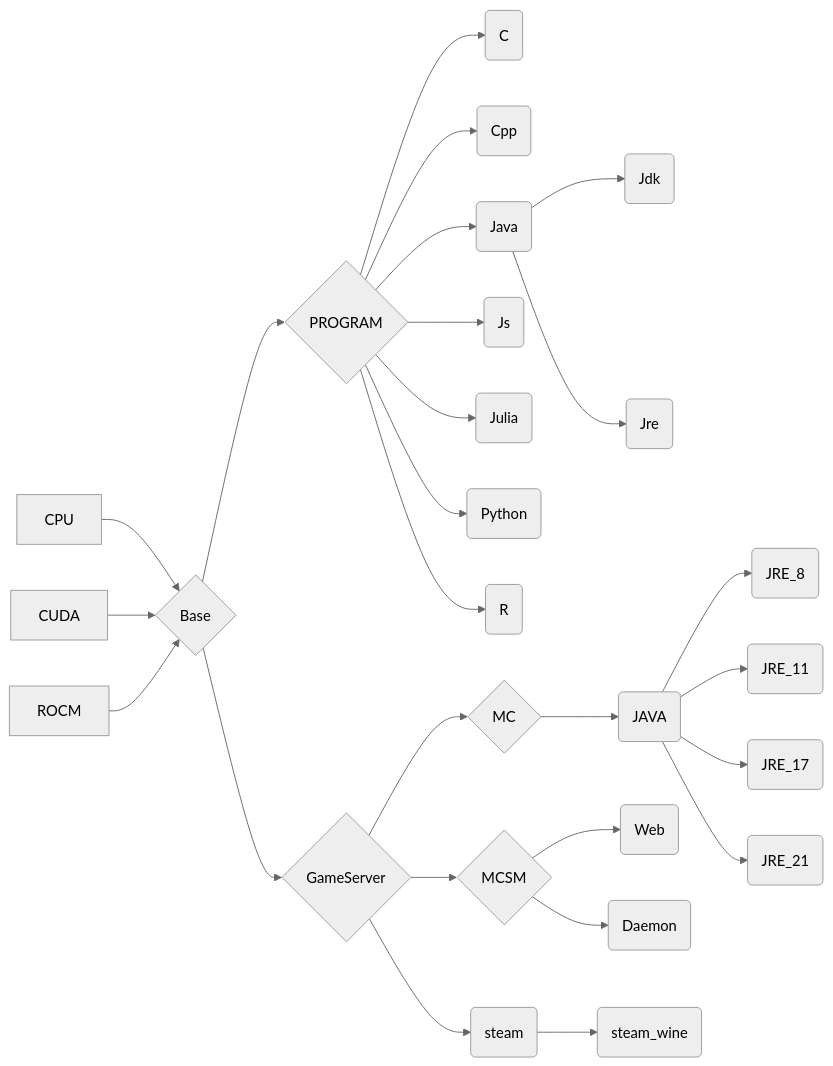
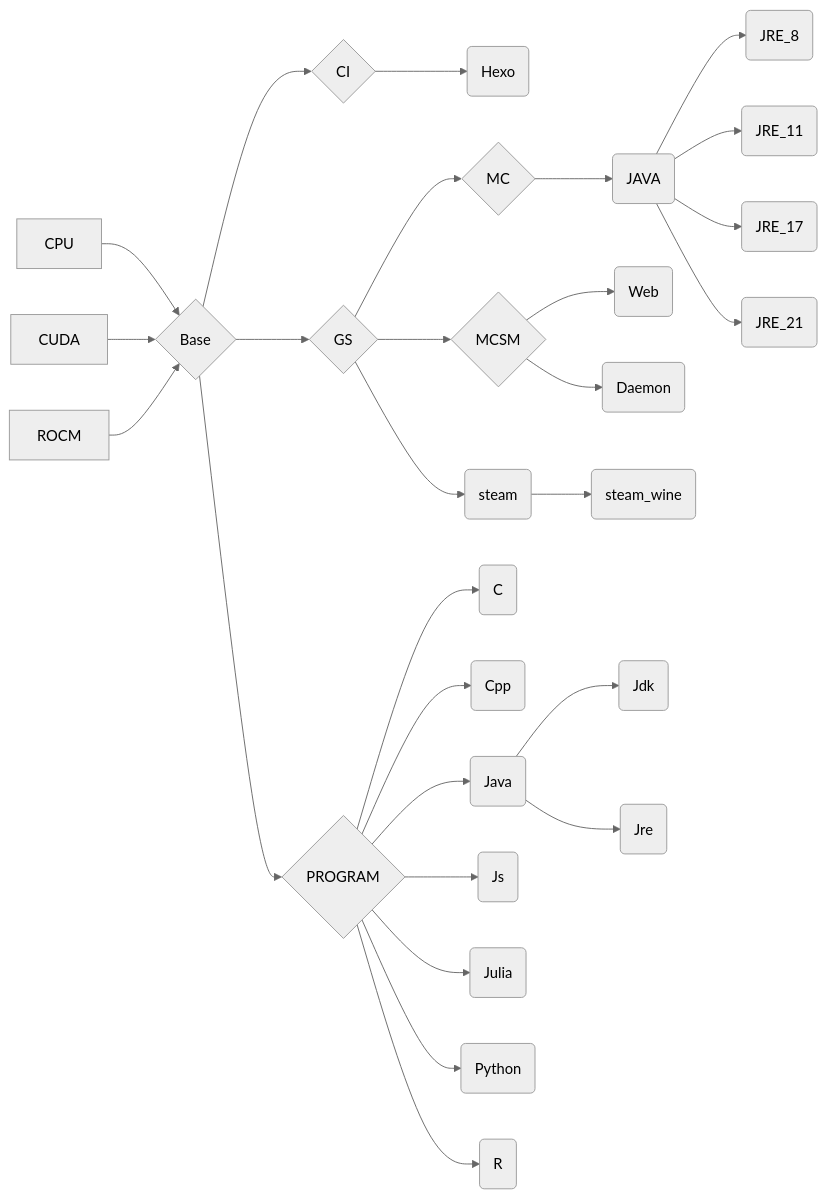
One commit to ben0i0d/cenv changed the diagram in README.md. Above: the diagram before and after it, drawn with Mermaid (neutral theme). The commit also changed other lines of this file and 4 other files, not shown here.

````diff
--- a/README.md
+++ b/README.md
@@ -31,29 +34,32 @@
 ```mermaid
 graph LR
 
 CPU-->B{Base}
 CUDA-->B
 ROCM-->B
+
+B-->C{CI}
+C-->CA(Hexo)
+
+B-->G{GS}-->GA{MC}-->GAA(JAVA)
+GAA-->GAAA(JRE_8)
+GAA-->GAAB(JRE_11)
+GAA-->GAAC(JRE_17)
+GAA-->GAAD(JRE_21)
+
+G-->GB{MCSM}-->GBA(Web)
+GB-->GBB(Daemon)
+
+G-->GC(steam)-->GCA(steam_wine)
 
 B-->P{PROGRAM}
 P-->PA(C)
 P-->PB(Cpp)
 P-->PC(Java)
 PC-->PCA(Jdk)
 PC-->PCB(Jre)
 P-->PD(Js)
 P-->PE(Julia)
 P-->PF(Python)
 P-->PG(R)
-
-B-->G{GameServer}-->GA{MC}-->GAA(JAVA)
-GAA-->GAAA(JRE_8)
-GAA-->GAAB(JRE_11)
-GAA-->GAAC(JRE_17)
-GAA-->GAAD(JRE_21)
-
-G-->GB{MCSM}-->GBA(Web)
-GB-->GBB(Daemon)
-
-G-->GC(steam)-->GCA(steam_wine)
 ```
````
